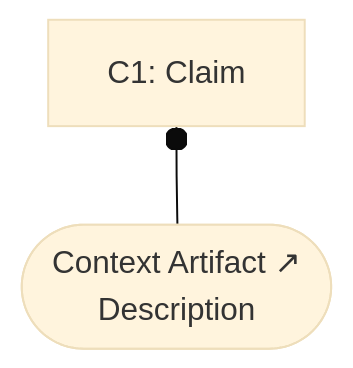
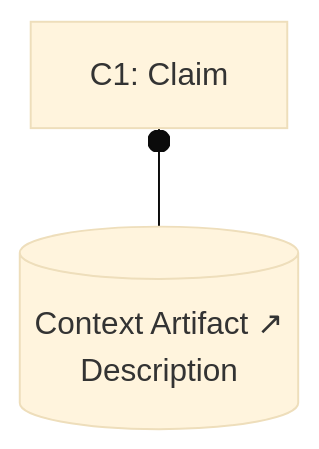
Diagram 17 of 19 in docs/sacm-mermaid.md (coreinfrastructure/best-practices-badge), drawn with Mermaid (base theme) before and after one commit. The commit also changed other lines of this file, not shown here.

First line of the commit message:
Switch ArtifactReference shape to cylinder; add Demonstrations section

````diff
--- a/docs/sacm-mermaid.md
+++ b/docs/sacm-mermaid.md
@@ -581,6 +593,6 @@
 ```mermaid
 flowchart BT
-    AR1(["Context Artifact ↗<br/>Description"])
+    AR1[("Context Artifact ↗<br/>Description")]
     C1["C1: Claim"]
     AR1 --o C1
 ```
````
